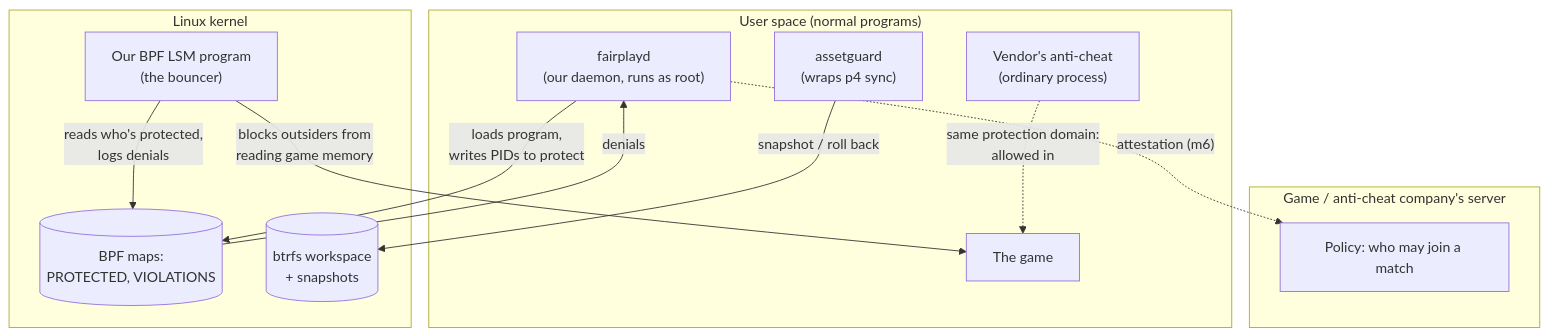
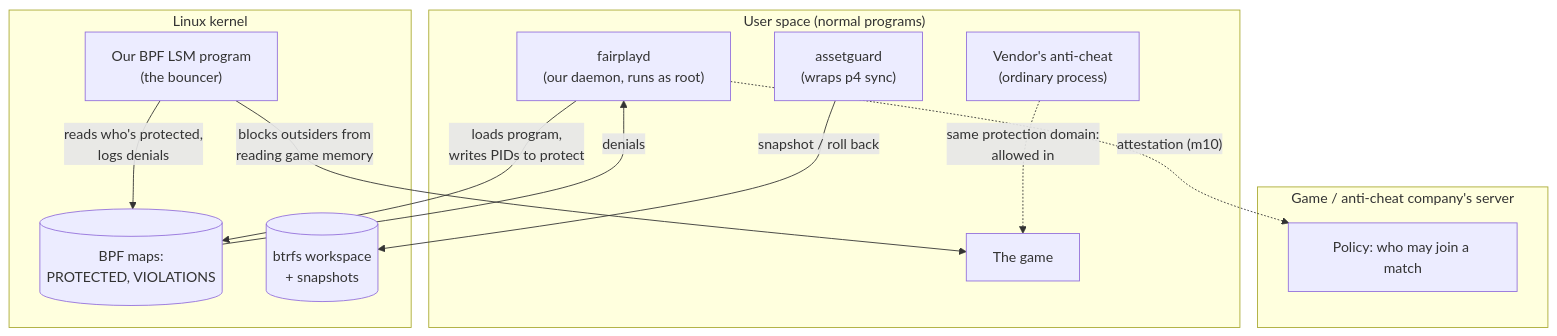
The diagram in docs/GUIDE.md (terellison/fairplay-os), drawn with Mermaid before and after one commit. The commit also changed other lines of this file and 9 other files, not shown here.

````diff
--- a/docs/GUIDE.md
+++ b/docs/GUIDE.md
@@ -63,24 +62,24 @@
 ```mermaid
 flowchart TB
   subgraph server["Game / anti-cheat company's server"]
     policy["Policy: who may join a match"]
   end
   subgraph user["User space (normal programs)"]
     ac["Vendor's anti-cheat<br/>(ordinary process)"]
     fpd["fairplayd<br/>(our daemon, runs as root)"]
     game["The game"]
     ag["assetguard<br/>(wraps p4 sync)"]
   end
   subgraph kernel["Linux kernel"]
     lsm["Our BPF LSM program<br/>(the bouncer)"]
     maps[("BPF maps:<br/>PROTECTED, VIOLATIONS")]
     btrfs[("btrfs workspace<br/>+ snapshots")]
   end
   fpd -- "loads program,<br/>writes PIDs to protect" --> maps
   lsm -- "reads who's protected,<br/>logs denials" --> maps
   maps -- "denials" --> fpd
   ac -. "same protection domain:<br/>allowed in" .-> game
   lsm -- "blocks outsiders from<br/>reading game memory" --> game
-  fpd -. "attestation (m6)" .-> policy
+  fpd -. "attestation (m10)" .-> policy
   ag -- "snapshot / roll back" --> btrfs
 ```
````
